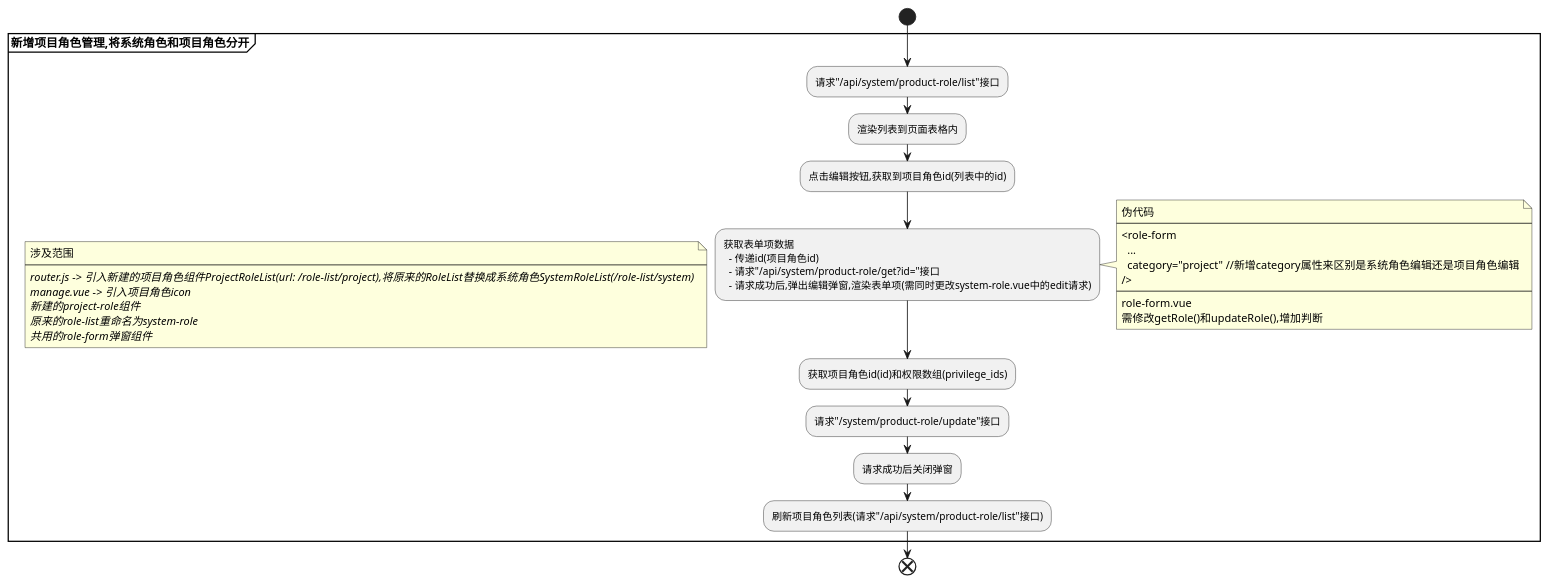
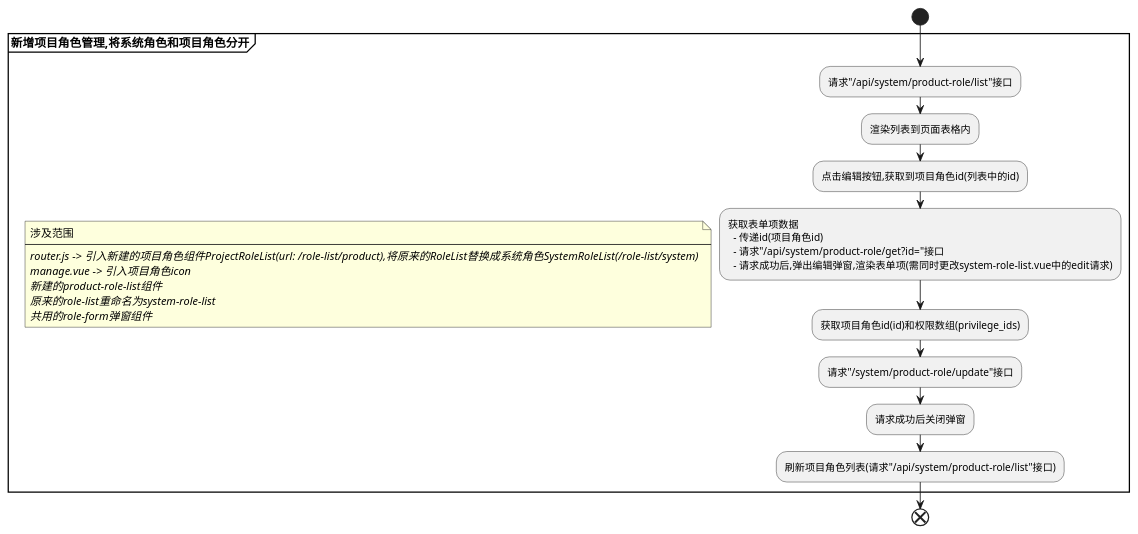
One commit to futurekidult/product changed the sixth of 8 diagrams in docs/diagram/seq-demand.puml. Above: the diagram before and after it, drawn with PlantUML. The commit also changed other lines of this file, not shown here.

```diff
--- a/docs/diagram/seq-demand.puml
+++ b/docs/diagram/seq-demand.puml
@@ -185,37 +167,26 @@
 @startuml
 start
 partition "**新增项目角色管理,将系统角色和项目角色分开**" {
   note
     涉及范围
     ----
-    //router.js -> 引入新建的项目角色组件ProjectRoleList(url: /role-list/project),将原来的RoleList替换成系统角色SystemRoleList(/role-list/system)//
+    //router.js -> 引入新建的项目角色组件ProjectRoleList(url: /role-list/product),将原来的RoleList替换成系统角色SystemRoleList(/role-list/system)//
     //manage.vue -> 引入项目角色icon//
-    //新建的project-role组件//
-    //原来的role-list重命名为system-role//
+    //新建的product-role-list组件//
+    //原来的role-list重命名为system-role-list//
     //共用的role-form弹窗组件//
   end note
   :请求"/api/system/product-role/list"接口;
   :渲染列表到页面表格内;
   :点击编辑按钮,获取到项目角色id(列表中的id);
   :获取表单项数据
     - 传递id(项目角色id)
     - 请求"/api/system/product-role/get?id="接口
-    - 请求成功后,弹出编辑弹窗,渲染表单项(需同时更改system-role.vue中的edit请求);
-  note right
-    伪代码
-    ----
-    <role-form
-      ...
-      category="project" //新增category属性来区别是系统角色编辑还是项目角色编辑
-    />
-    ----
-    role-form.vue
-    需修改getRole()和updateRole(),增加判断
-  end note
+    - 请求成功后,弹出编辑弹窗,渲染表单项(需同时更改system-role-list.vue中的edit请求);
   :获取项目角色id(id)和权限数组(privilege_ids);
   :请求"/system/product-role/update"接口;
   :请求成功后关闭弹窗;
   :刷新项目角色列表(请求"/api/system/product-role/list"接口);
 }
 end
 @enduml
```
